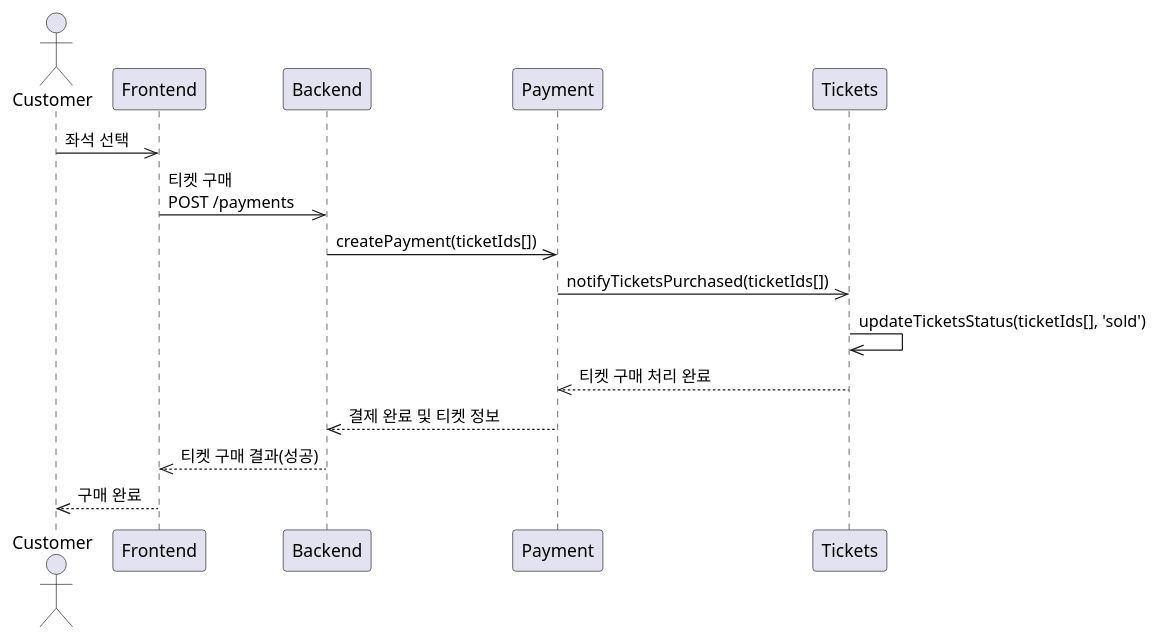
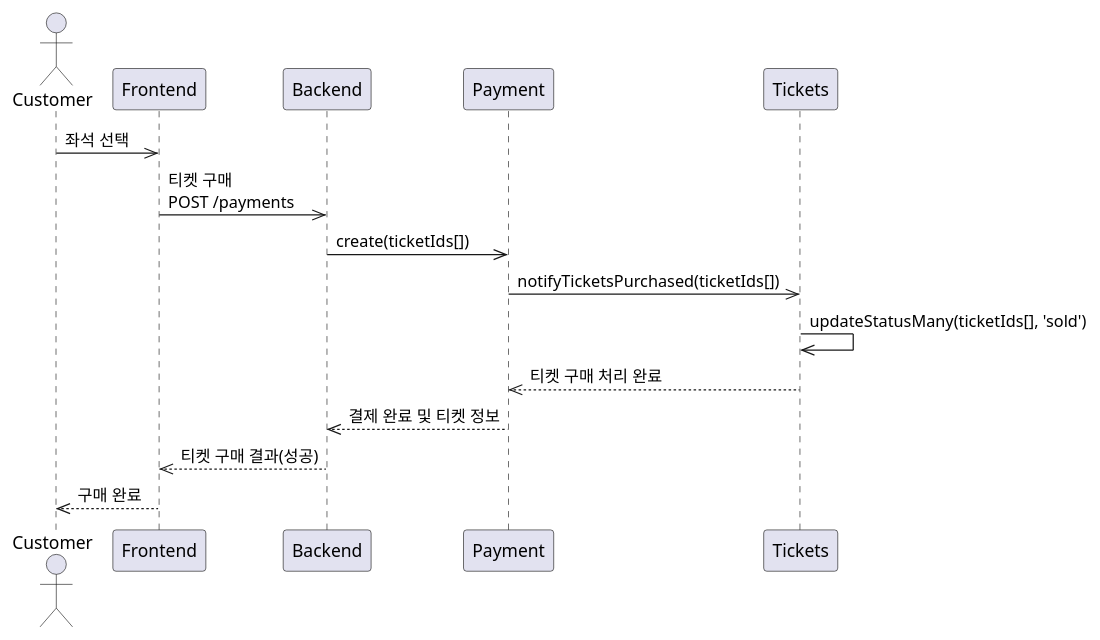
Before and after one commit to mannercode/nest-seed: the sixth of 6 diagrams in docs/archive/tickets-purchase.md, drawn with PlantUML. The commit also changed other lines of this file and 67 other files, not shown here.

````diff
--- a/docs/archive/tickets-purchase.md
+++ b/docs/archive/tickets-purchase.md
@@ -174,15 +174,15 @@
 ```plantuml
 @startuml
 actor Customer
 
 Customer->>Frontend: 좌석 선택
     Frontend->>Backend: 티켓 구매\nPOST /payments
-        Backend->>Payment: createPayment(ticketIds[])
+        Backend->>Payment: create(ticketIds[])
             Payment->>Tickets: notifyTicketsPurchased(ticketIds[])
-                Tickets->>Tickets: updateTicketsStatus(ticketIds[], 'sold')
+                Tickets->>Tickets: updateStatusMany(ticketIds[], 'sold')
             Tickets-->>Payment: 티켓 구매 처리 완료
         Payment-->>Backend: 결제 완료 및 티켓 정보
     Backend-->>Frontend: 티켓 구매 결과(성공)
 Frontend-->>Customer: 구매 완료
 @enduml
 ```
````
